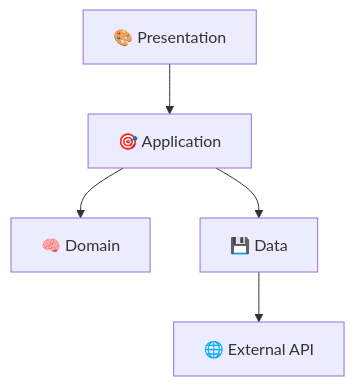
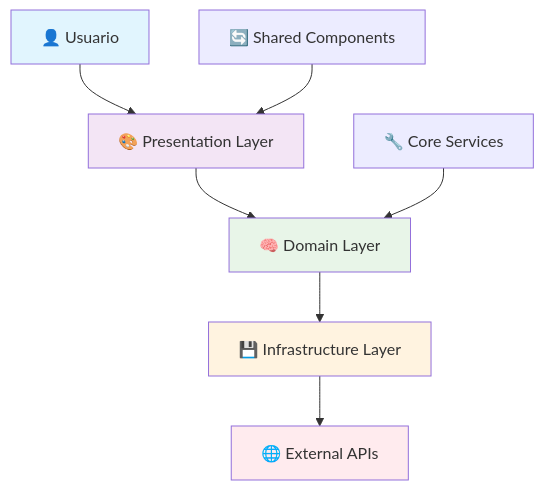
The diagram in README.md (osvalois-ultrasist/plantilla-vucem-componente-angular), drawn with Mermaid before and after one commit. The commit also changed other lines of this file, not shown here.

````diff
--- a/README.md
+++ b/README.md
@@ -87,7 +129,16 @@
 ```mermaid
 graph TB
-    UI[🎨 Presentation] --> App[🎯 Application]
-    App --> Domain[🧠 Domain]
-    App --> Data[💾 Data]
-    Data --> API[🌐 External API]
+    A[👤 Usuario] --> B[🎨 Presentation Layer]
+    B --> C[🧠 Domain Layer]
+    C --> D[💾 Infrastructure Layer]
+    D --> E[🌐 External APIs]
+    
+    F[🔧 Core Services] --> C
+    G[🔄 Shared Components] --> B
+    
+    style A fill:#e1f5fe
+    style B fill:#f3e5f5
+    style C fill:#e8f5e8
+    style D fill:#fff3e0
+    style E fill:#ffebee
 ```
````
